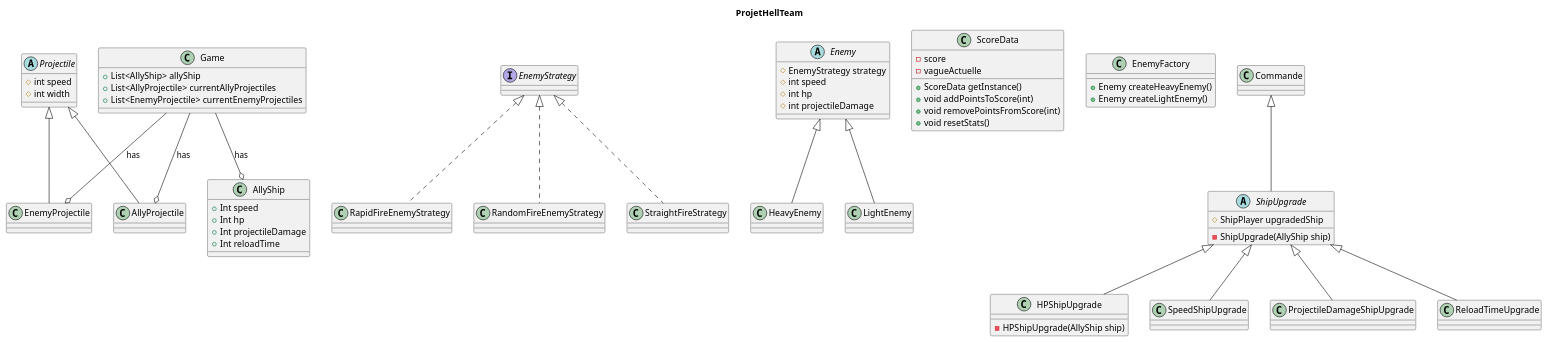
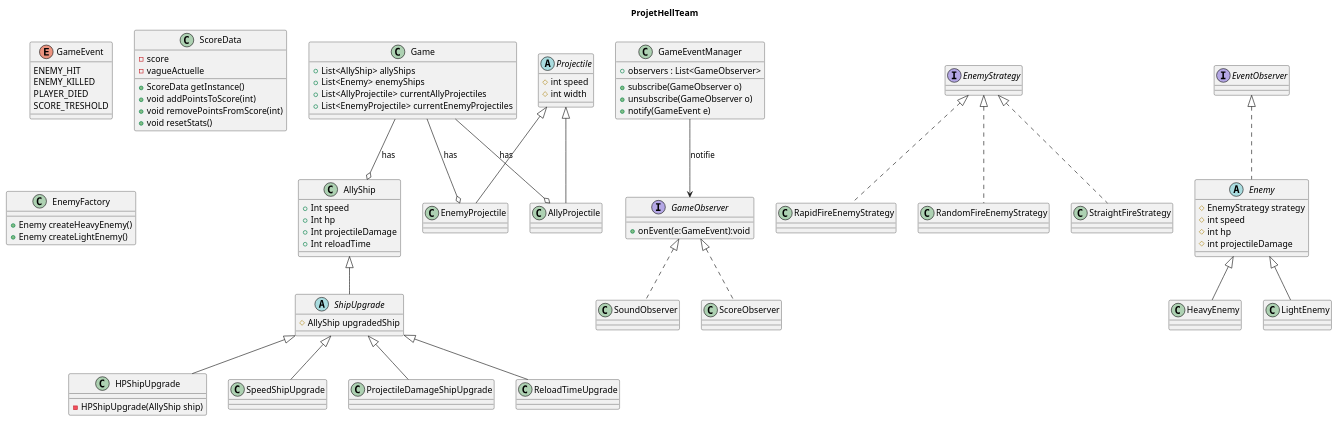
The first of 2 diagrams in docs/conception.md (CPE-LYON-APICOT/projet-hellteam), drawn with PlantUML before and after one commit.

Commit message:
UML quasi fini, Observer à revoir

````diff
--- a/docs/conception.md
+++ b/docs/conception.md
@@ -73,16 +73,43 @@
 title ProjetHellTeam
 
 class Game {
-  + List<AllyShip> allyShip
+  + List<AllyShip> allyShips
+  + List<Enemy> enemyShips
   + List<AllyProjectile> currentAllyProjectiles
   + List<EnemyProjectile> currentEnemyProjectiles
 }
 
-interface EnemyStrategy{
-  
+
+class GameEventManager {
+  + observers : List<GameObserver>
+  + subscribe(GameObserver o)
+  + unsubscribe(GameObserver o)
+  + notify(GameEvent e)
 }
 
-abstract class Enemy {
+interface GameObserver {
+  + onEvent(e:GameEvent):void
+}
+
+class SoundObserver implements GameObserver
+{
+}
+
+class ScoreObserver implements GameObserver
+{
+}
+
+enum GameEvent{
+  ENEMY_HIT
+  ENEMY_KILLED
+  PLAYER_DIED
+  SCORE_TRESHOLD
+  }
+
+interface EnemyStrategy{
+}
+
+abstract class Enemy implements EventObserver{
   'Pas encore de liste exhaustive de types d ennemis : va évoluer au fur et à mesure du jeu'
   # EnemyStrategy strategy
   # int speed
@@ -140,9 +167,8 @@
   + Int reloadTime
 }
 
-abstract class ShipUpgrade extends Commande{
-  # ShipPlayer upgradedShip  
-  - ShipUpgrade(AllyShip ship)
+abstract class ShipUpgrade extends AllyShip{
+  # AllyShip upgradedShip  
 }
 
 class HPShipUpgrade extends ShipUpgrade{
@@ -158,8 +184,15 @@
 
 class ReloadTimeUpgrade extends ShipUpgrade {
 }
+
+
+
+
 Game --o AllyProjectile : has
 Game --o EnemyProjectile : has 
 Game --o AllyShip : has
+GameEventManager --> GameObserver : notifie
 @enduml
+
+
 ```
````
